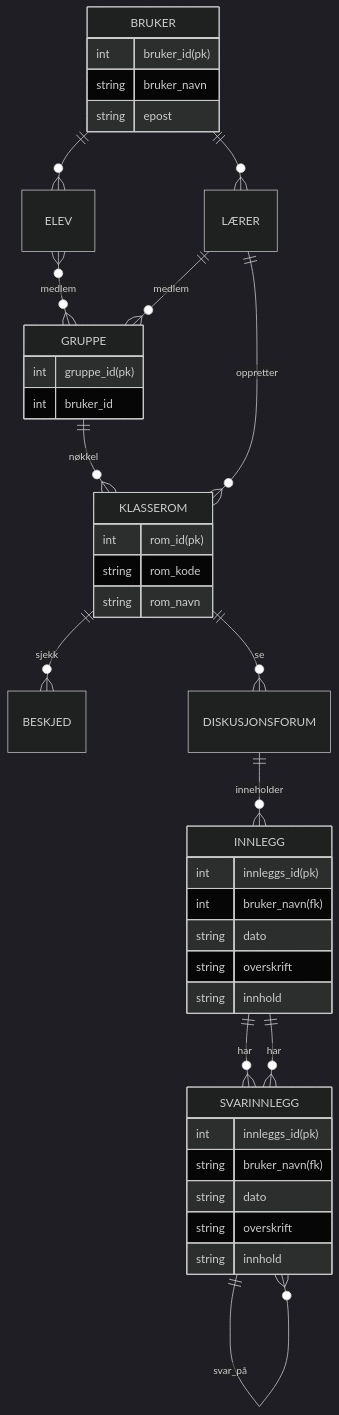
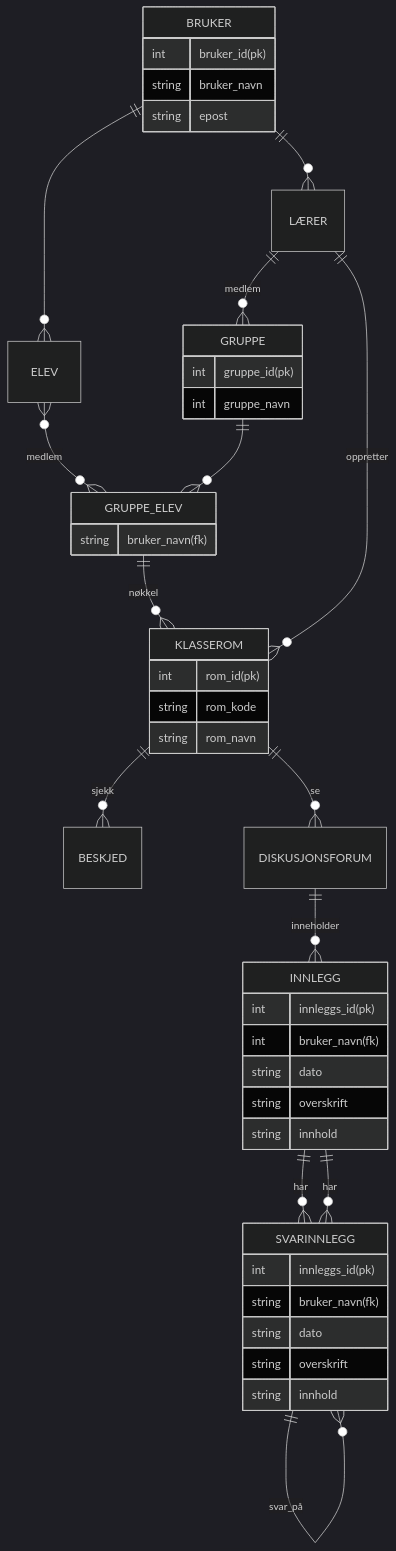
One commit to programmerBredC/data1500-oving-04 changed the second of 2 diagrams in OPPGAVE.md. Above: the diagram before and after it, drawn with Mermaid (dark theme). The commit also changed other lines of this file, not shown here.

````diff
--- a/OPPGAVE.md
+++ b/OPPGAVE.md
@@ -48,48 +48,52 @@
 ```mermaid
 erDiagram
 BRUKER {
     int bruker_id(pk)
     string bruker_navn
     string epost
     }
     BRUKER ||--o{ LÆRER : ""
     BRUKER ||--o{ ELEV : ""
 
 KLASSEROM {
     int rom_id(pk)
     string rom_kode
     string rom_navn
 }
-    ELEV }o--o{ GRUPPE : "medlem"
-    GRUPPE ||--o{ KLASSEROM :"nøkkel"
+    ELEV }o--o{ GRUPPE_ELEV : "medlem"
+    GRUPPE_ELEV ||--o{ KLASSEROM :"nøkkel"
 
+GRUPPE_ELEV {
+    string bruker_navn(fk)
+}
 GRUPPE {
     int gruppe_id(pk)
-    int bruker_id
+    int gruppe_navn
 }
+    GRUPPE ||--o{ GRUPPE_ELEV: ""
     LÆRER ||--o{ KLASSEROM : "oppretter"
     LÆRER ||--o{ GRUPPE : "medlem"
     KLASSEROM ||--o{ BESKJED : "sjekk"
     KLASSEROM ||--o{ DISKUSJONSFORUM : "se"
     DISKUSJONSFORUM ||--o{ INNLEGG : "inneholder"
 
 INNLEGG {
     int innleggs_id(pk)
     int bruker_navn(fk)
     string dato
     string overskrift
     string innhold
 }
 SVARINNLEGG {
     int innleggs_id(pk)
     string bruker_navn(fk)
     string dato
     string overskrift
     string innhold
 }
     INNLEGG ||--o{ SVARINNLEGG : har
     SVARINNLEGG ||--o{ SVARINNLEGG : svar_på
 
     INNLEGG ||--o{ SVARINNLEGG : har
     SVARINNLEGG ||--o{ SVARINNLEGG : svar_på
 ```
````
